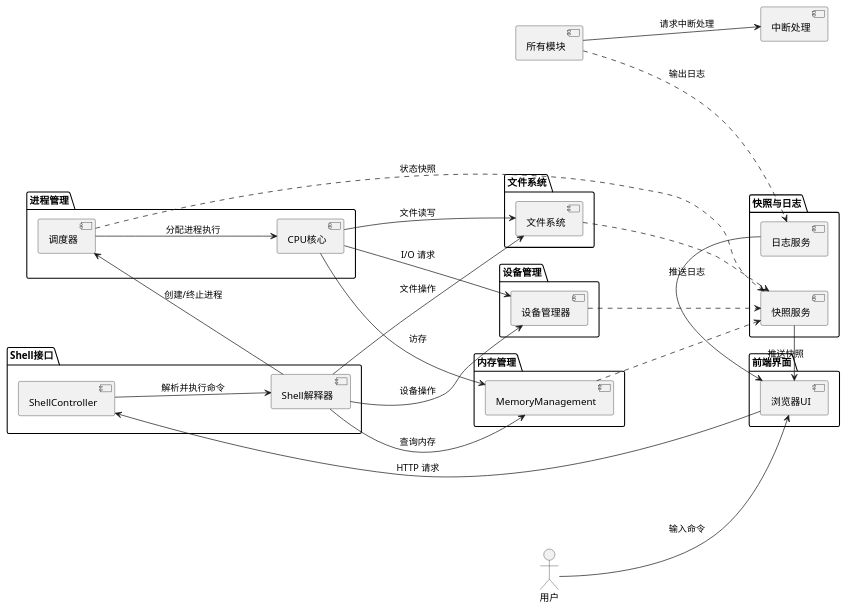
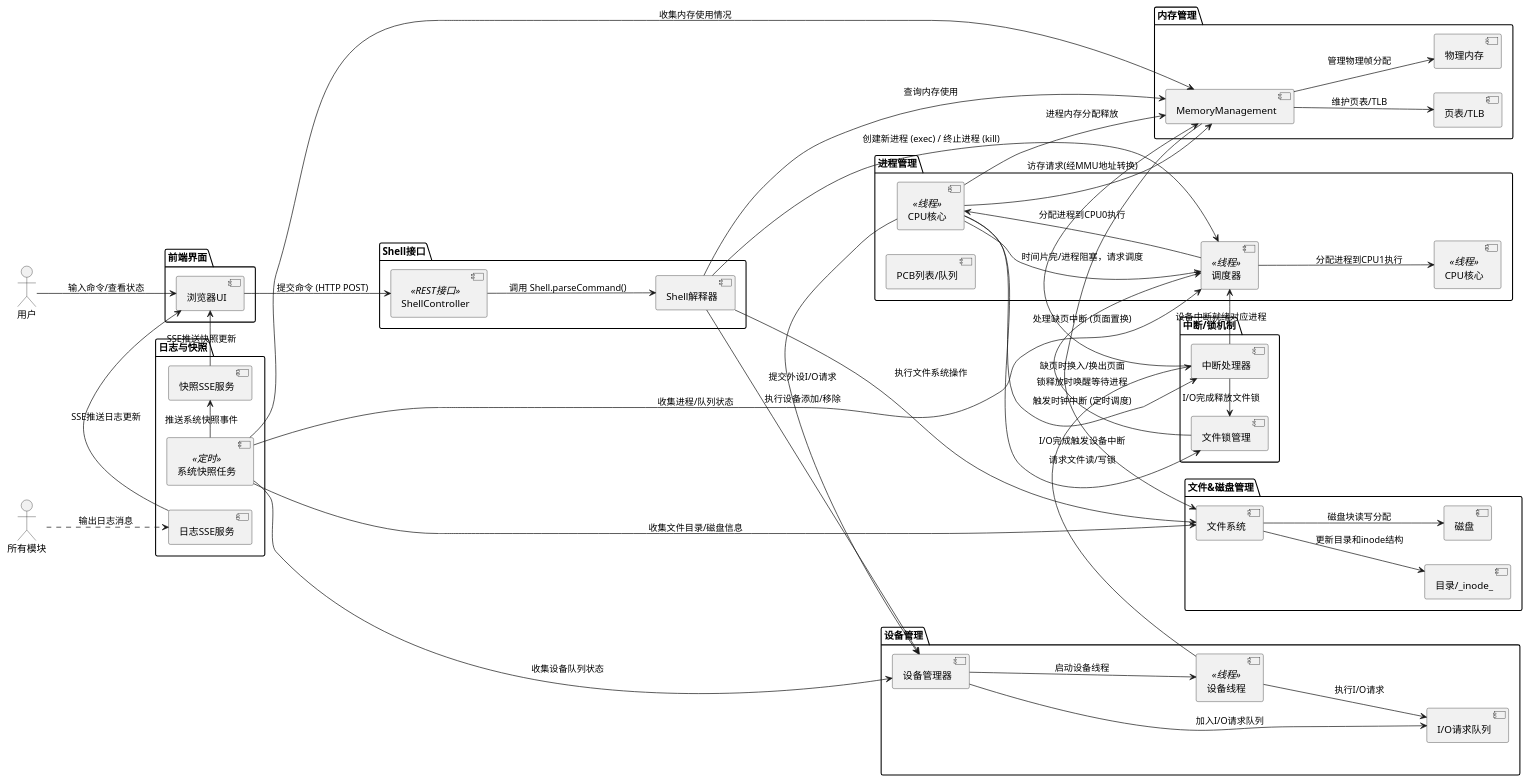
One commit to trenchance2022/OSCD changed the diagram in 报告用UML图/系统架构图.puml. Above: the diagram before and after it, drawn with PlantUML. The commit also changed 2 other files, not shown here.

```diff
--- a/报告用UML图/系统架构图.puml
+++ b/报告用UML图/系统架构图.puml
@@ -1,66 +1,84 @@
 @startuml
 left to right direction
-skinparam nodesep 50
-skinparam ranksep 130
-
 
 actor "用户" as user
-
 package "前端界面" {
   [浏览器UI] as UI
 }
-
 package "Shell接口" {
-  [ShellController] as shellCtl
+  [ShellController] <<REST接口>> as shellCtl
   [Shell解释器] as shell
 }
-
 package "进程管理" {
-  [调度器] as sched
-  [CPU核心] as cpu
+  [调度器] <<线程>> as sched
+  [CPU核心] <<线程>> as cpu1
+  [CPU核心] <<线程>> as cpu2
+  [PCB列表/队列] as pcbList
 }
-
 package "内存管理" {
   [MemoryManagement] as memMgmt
+  [物理内存] as memory
+  [页表/TLB] as pageTable
 }
-
-package "文件系统" {
+package "文件&磁盘管理" {
   [文件系统] as fs
+  [磁盘] as disk
+  [目录/_inode_] as dir
 }
-
 package "设备管理" {
   [设备管理器] as devMgr
+  [设备线程] <<线程>> as deviceThread
+  [I/O请求队列] as ioq
 }
-
-package "快照与日志" {
-  [快照服务] as snapEmit
-  [日志服务] as logEmit
+package "中断/锁机制" {
+  [中断处理器] as intH
+  [文件锁管理] as lockMgr
 }
-
-' 用户与系统交互
-user --> UI : 输入命令
-UI --> shellCtl : HTTP 请求
-shellCtl --> shell : 解析并执行命令
-
-' Shell 请求模块服务
-shell --> sched : 创建/终止进程
-shell --> memMgmt : 查询内存
-shell --> fs : 文件操作
-shell --> devMgr : 设备操作
-
-' CPU 执行进程
-sched --> cpu : 分配进程执行
-cpu --> memMgmt : 访存
-cpu --> fs : 文件读写
-cpu --> devMgr : I/O 请求
-
+package "日志与快照" {
+  [日志SSE服务] as logEmit
+  [快照SSE服务] as snapEmit
+  [系统快照任务] <<定时>> as snapshot
+}
+' 前端与Shell交互
+user --> UI : 输入命令/查看状态
+UI --> shellCtl : 提交命令 (HTTP POST)
+shellCtl --> shell : 调用 Shell.parseCommand()
+shell --> fs : 执行文件系统操作
+shell --> devMgr : 执行设备添加/移除
+shell --> memMgmt : 查询内存使用
+shell --> sched : 创建新进程 (exec) / 终止进程 (kill)
+' 进程与CPU调度
+sched --> cpu1 : 分配进程到CPU0执行
+sched --> cpu2 : 分配进程到CPU1执行
+cpu1 --> sched : 时间片完/进程阻塞，请求调度
+cpu1 -> memMgmt : 进程内存分配释放
+cpu1 --> memMgmt : 访存请求(经MMU地址转换)
+cpu1 -> intH : 触发时钟中断 (定时调度)
+cpu1 -> lockMgr : 请求文件读/写锁
+cpu1 -> devMgr : 提交外设I/O请求
+' 内存与磁盘
+memMgmt --> memory : 管理物理帧分配
+memMgmt --> pageTable : 维护页表/TLB
+memMgmt -> fs : 缺页时换入/换出页面
+intH -> memMgmt : 处理缺页中断 (页面置换)
+' 文件系统与锁
+fs --> disk : 磁盘块读写分配
+fs --> dir : 更新目录和inode结构
+lockMgr --> sched : 锁释放时唤醒等待进程
+' 设备I/O与中断
+devMgr --> deviceThread : 启动设备线程
+devMgr --> ioq : 加入I/O请求队列
+deviceThread --> ioq : 执行I/O请求
+deviceThread -> intH : I/O完成触发设备中断
+intH -> sched : 设备中断就绪对应进程
+intH -> lockMgr : I/O完成释放文件锁
 ' 日志与快照
-sched ..> snapEmit : 状态快照
-memMgmt ..> snapEmit
-fs ..> snapEmit
-devMgr ..> snapEmit
-[所有模块] ..> logEmit : 输出日志
-[所有模块] --> [中断处理] : 请求中断处理
-logEmit -> UI : 推送日志
-snapEmit -> UI : 推送快照
+snapshot -> sched : 收集进程/队列状态
+snapshot -> memMgmt : 收集内存使用情况
+snapshot -> fs : 收集文件目录/磁盘信息
+snapshot -> devMgr : 收集设备队列状态
+snapshot -> snapEmit : 推送系统快照事件
+所有模块 ..> logEmit : 输出日志消息
+logEmit -> UI : SSE推送日志更新
+snapEmit -> UI : SSE推送快照更新
 @enduml
```
